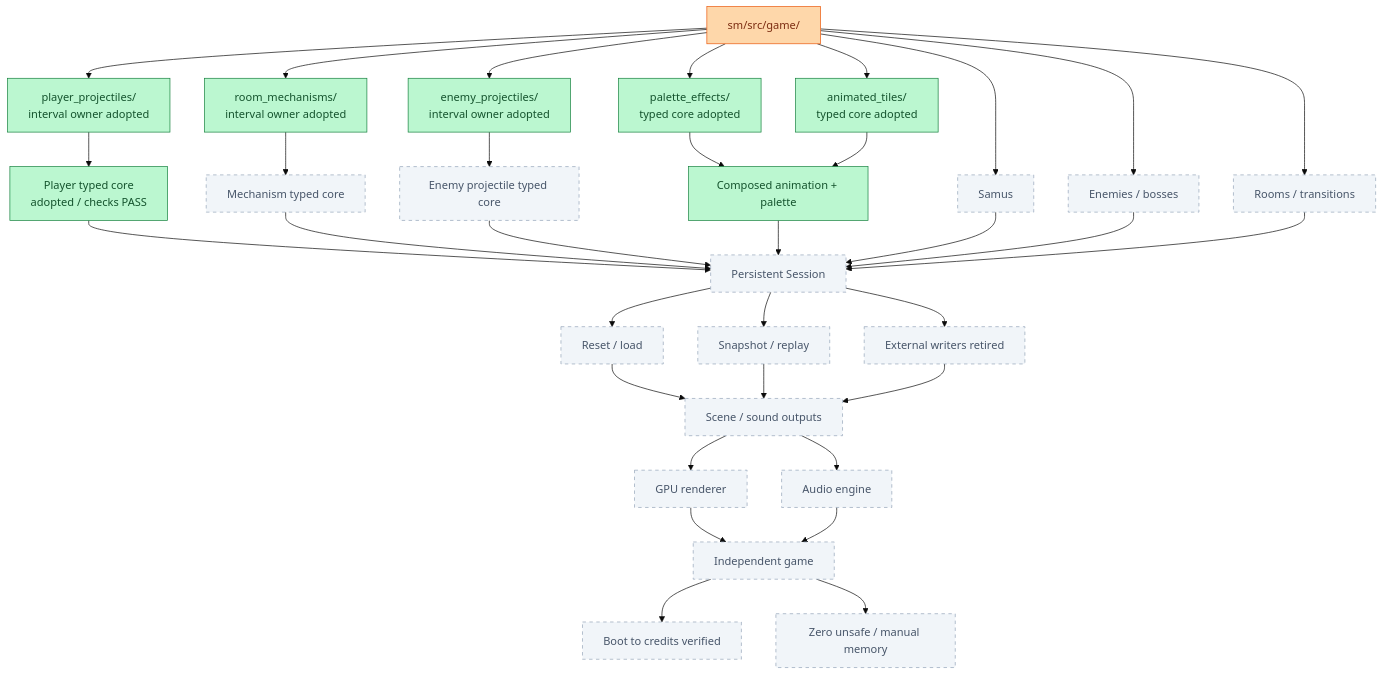
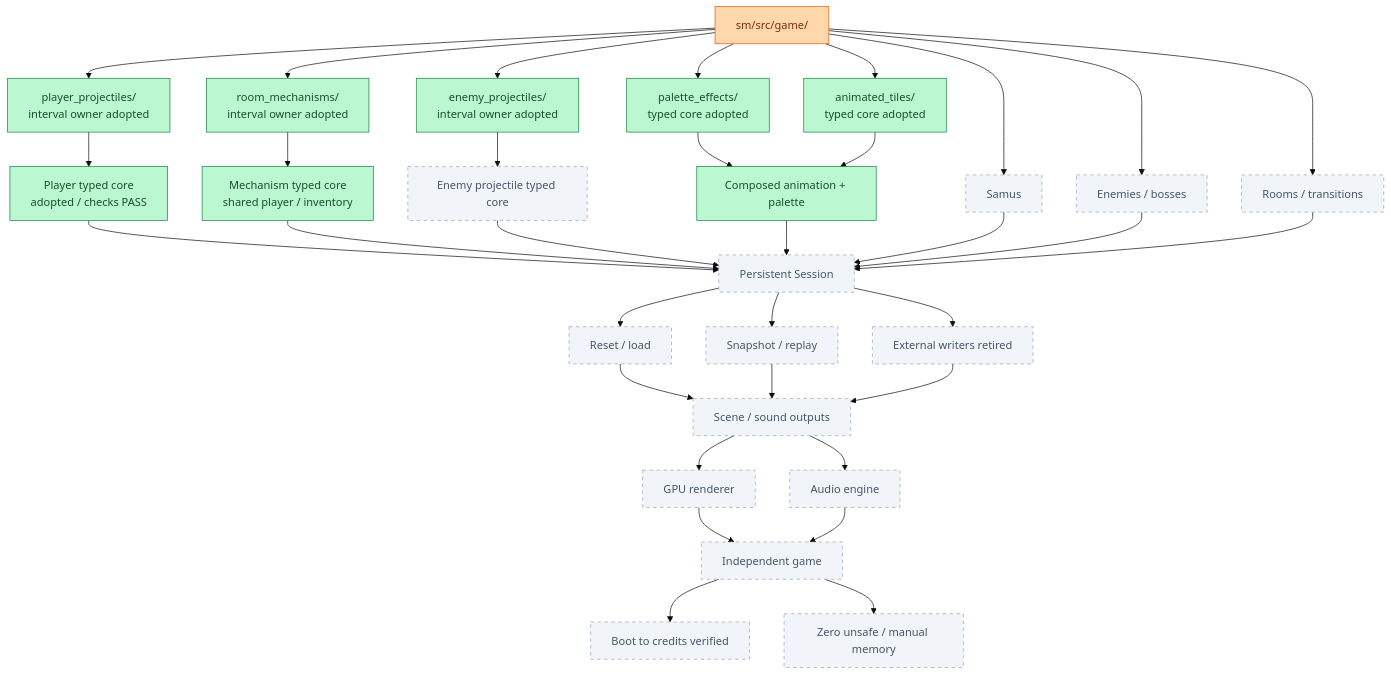
One commit to JimLundin/sm-decomp changed the fifth of 9 diagrams in PROGRESS.md. Above: the diagram before and after it, drawn with Mermaid (base theme). The commit also changed other lines of this file and 88 other files, not shown here.

Commit message:
Adopt shared room and player Session; 1037 comparisons and eight mutations pass

````diff
--- a/PROGRESS.md
+++ b/PROGRESS.md
@@ -176,42 +177,42 @@
 ```mermaid
 flowchart TB
     GAME["sm/src/game/"]:::active
     GAME --> PP["player_projectiles/<br/>interval owner adopted"]:::done
     GAME --> RM["room_mechanisms/<br/>interval owner adopted"]:::done
     GAME --> EP["enemy_projectiles/<br/>interval owner adopted"]:::done
     GAME --> PAL["palette_effects/<br/>typed core adopted"]:::done
     GAME --> AT["animated_tiles/<br/>typed core adopted"]:::done
     PP --> PPT["Player typed core<br/>adopted / checks PASS"]:::done
-    RM --> RMT["Mechanism typed core"]:::pending
+    RM --> RMT["Mechanism typed core<br/>shared player / inventory"]:::done
     EP --> EPT["Enemy projectile typed core"]:::pending
     GAME --> SAMUS["Samus"]:::pending
     GAME --> ENEMIES["Enemies / bosses"]:::pending
     GAME --> ROOMS["Rooms / transitions"]:::pending
     PAL --> COMPOSE["Composed animation + palette"]:::done
     AT --> COMPOSE
     PPT --> OWN["Persistent Session"]:::pending
     RMT --> OWN
     EPT --> OWN
     COMPOSE --> OWN
     SAMUS --> OWN
     ENEMIES --> OWN
     ROOMS --> OWN
     OWN --> RESET["Reset / load"]:::pending
     OWN --> REPLAY["Snapshot / replay"]:::pending
     OWN --> WRITERS["External writers retired"]:::pending
     RESET --> OUTPUT["Scene / sound outputs"]:::pending
     REPLAY --> OUTPUT
     WRITERS --> OUTPUT
     OUTPUT --> GPU["GPU renderer"]:::pending
     OUTPUT --> AUDIO["Audio engine"]:::pending
     GPU --> SHIP["Independent game"]:::pending
     AUDIO --> SHIP
     SHIP --> CREDITS["Boot to credits verified"]:::pending
     SHIP --> SAFE["Zero unsafe / manual memory"]:::pending
     classDef done fill:#bbf7d0,stroke:#15803d,color:#14532d
     classDef checked fill:#bfdbfe,stroke:#2563eb,color:#1e3a8a
     classDef active fill:#fed7aa,stroke:#ea580c,color:#7c2d12
     classDef pending fill:#f1f5f9,stroke:#94a3b8,color:#475569,stroke-dasharray:5 5
     classDef failed fill:#fecaca,stroke:#dc2626,color:#7f1d1d
     classDef changed stroke:#a21caf,stroke-width:5px
 ```
````
